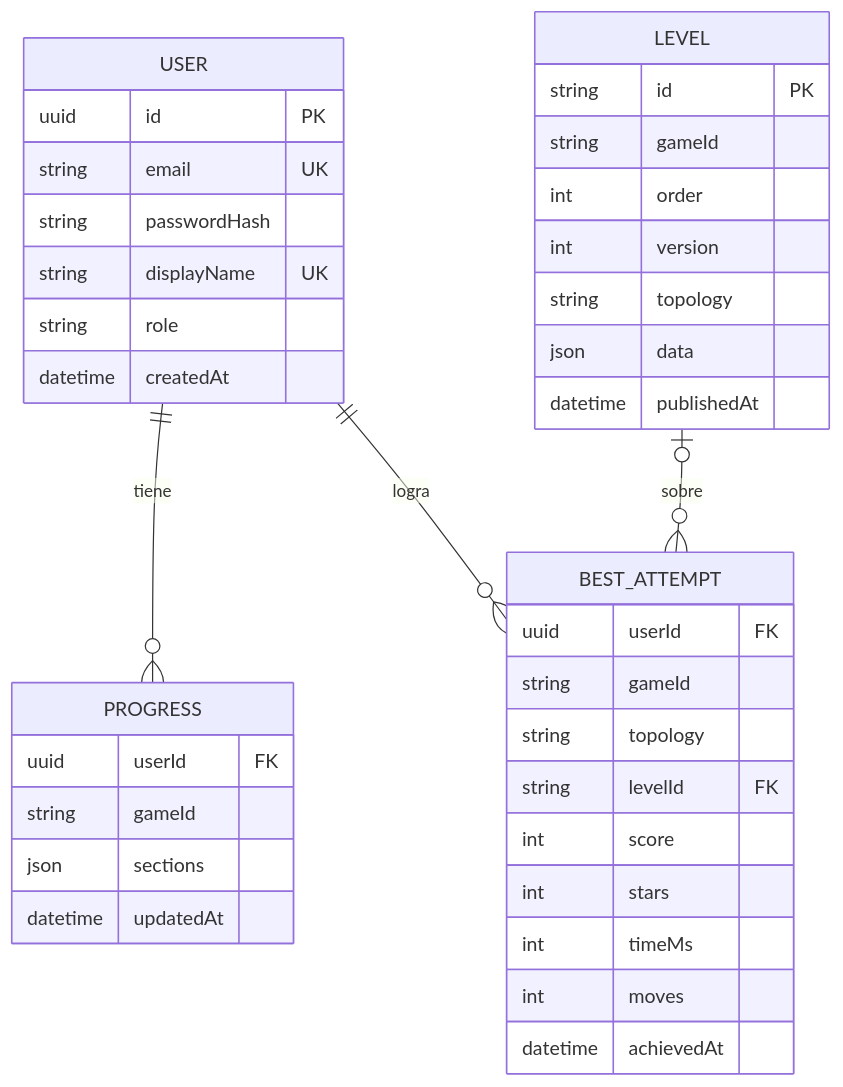
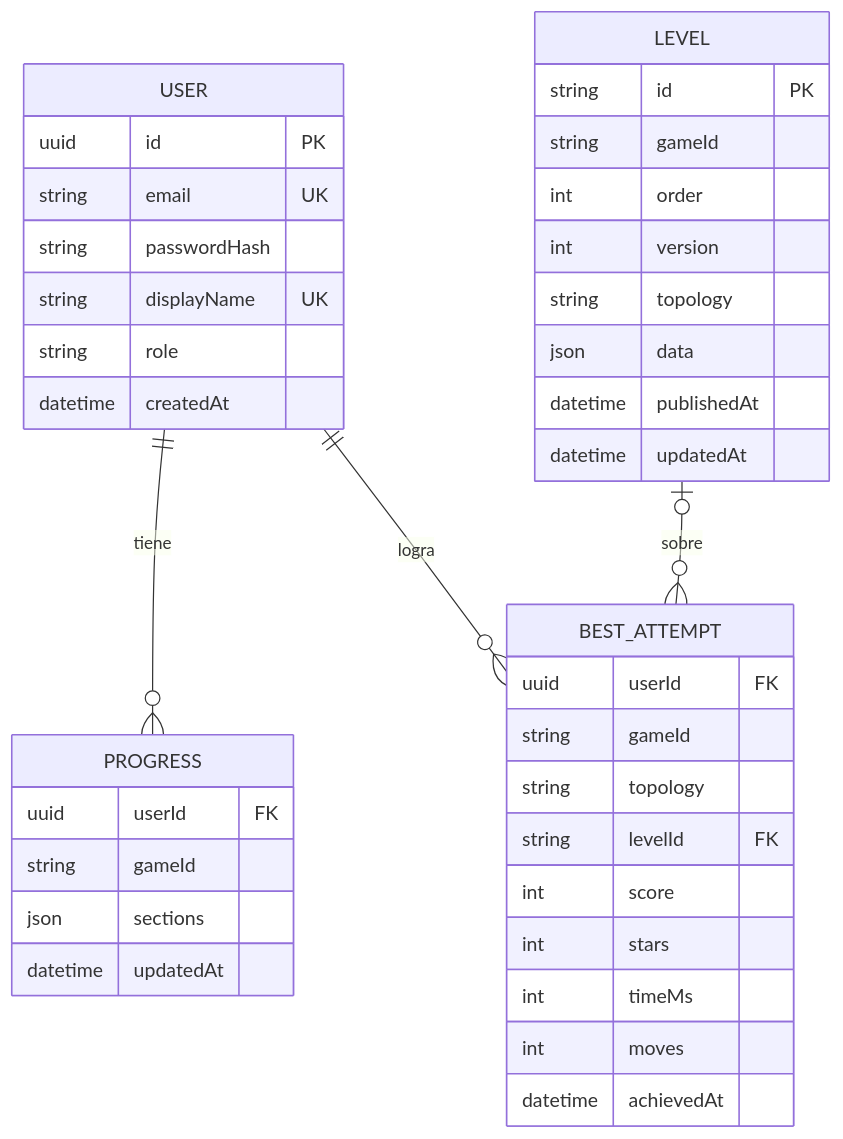
Before and after one commit to DanielHaro28/hexablock-api: the fourth of 4 diagrams in docs/architecture/ARQ-01-API-GENERAL.md, drawn with Mermaid. The commit also changed other lines of this file and 9 other files, not shown here.

````diff
--- a/docs/architecture/ARQ-01-API-GENERAL.md
+++ b/docs/architecture/ARQ-01-API-GENERAL.md
@@ -154,40 +154,41 @@
 ```mermaid
 erDiagram
     USER ||--o{ PROGRESS : tiene
     USER ||--o{ BEST_ATTEMPT : logra
     LEVEL |o--o{ BEST_ATTEMPT : sobre
     USER {
         uuid id PK
         string email UK
         string passwordHash
         string displayName UK
         string role
         datetime createdAt
     }
     PROGRESS {
         uuid userId FK
         string gameId
         json sections
         datetime updatedAt
     }
     BEST_ATTEMPT {
         uuid userId FK
         string gameId
         string topology
         string levelId FK
         int score
         int stars
         int timeMs
         int moves
         datetime achievedAt
     }
     LEVEL {
         string id PK
         string gameId
         int order
         int version
         string topology
         json data
         datetime publishedAt
+        datetime updatedAt
     }
 ```
````
